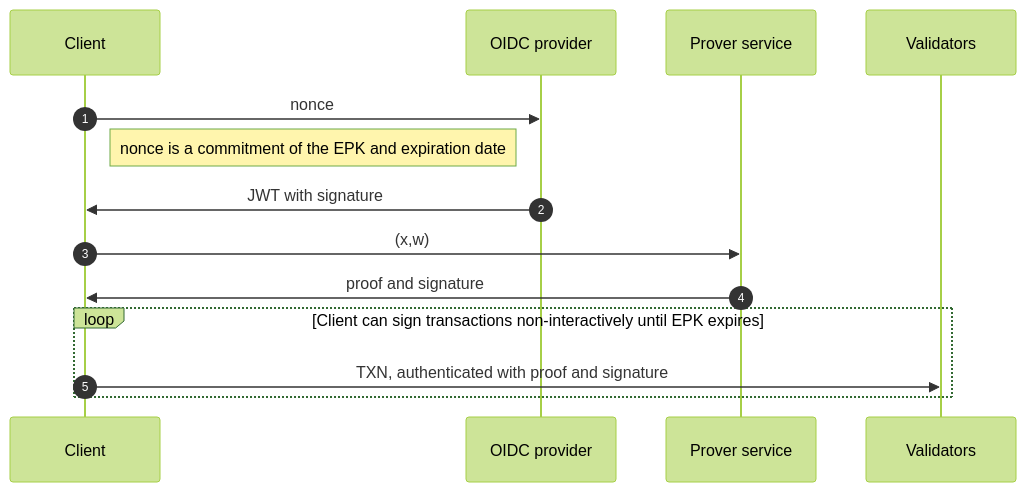
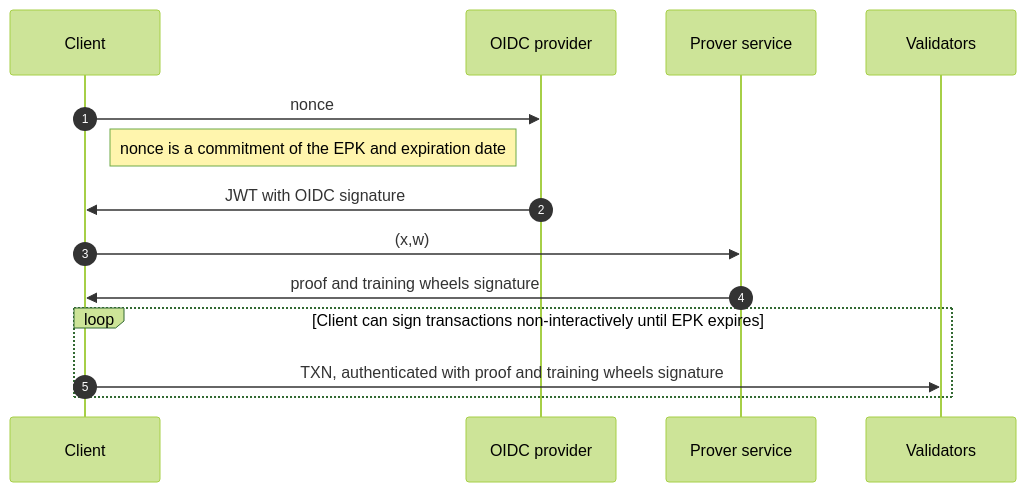
Before and after one commit to aptos-foundation/AIPs: the diagram in aips/aip-x.md, drawn with Mermaid (forest theme).

````diff
--- a/aips/aip-x.md
+++ b/aips/aip-x.md
@@ -100,12 +100,12 @@
 ```mermaid
 sequenceDiagram
 autonumber
 Client->>OIDC provider: nonce
 Note left of OIDC provider: nonce is a commitment of the EPK and expiration date
-OIDC provider->>Client: JWT with signature
+OIDC provider->>Client: JWT with OIDC signature
 Client->>Prover service: (x,w)
-Prover service->>Client: proof and signature
+Prover service->>Client: proof and training wheels signature
 loop Client can sign transactions non-interactively until EPK expires
-	Client ->> Validators: TXN, authenticated with proof and signature
+	Client ->> Validators: TXN, authenticated with proof and training wheels signature
 end
 ```
````
